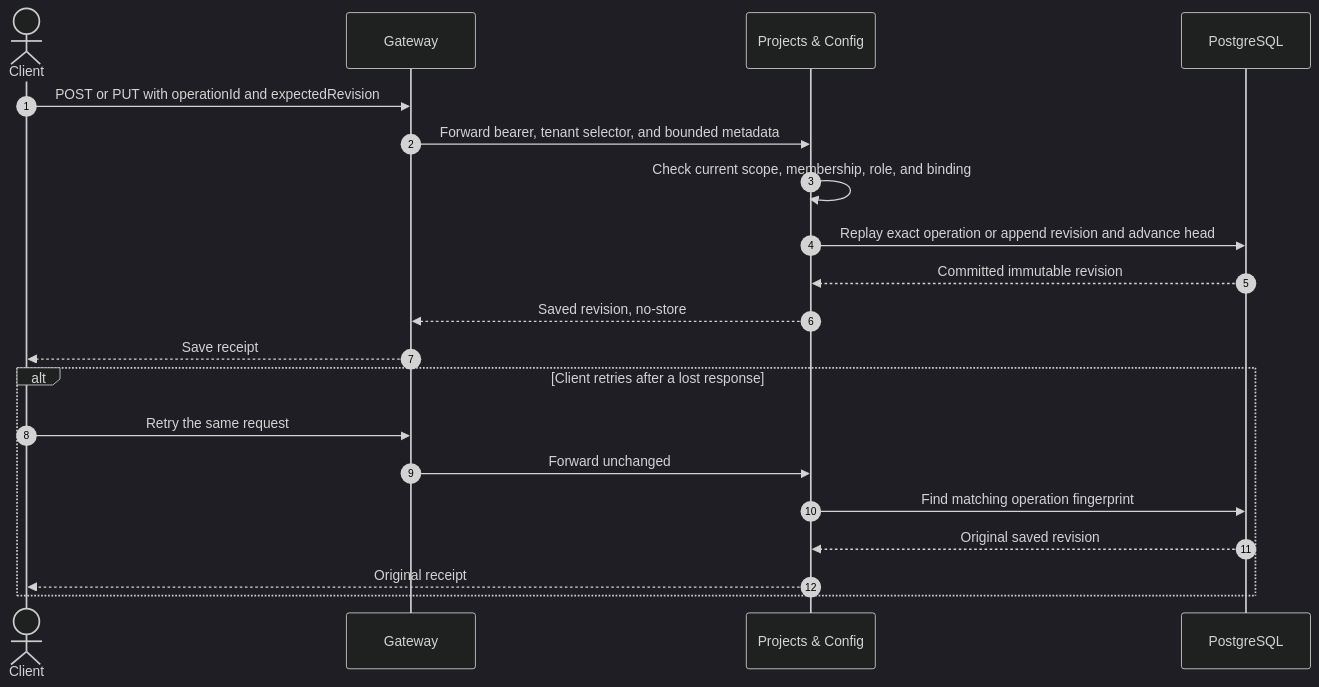
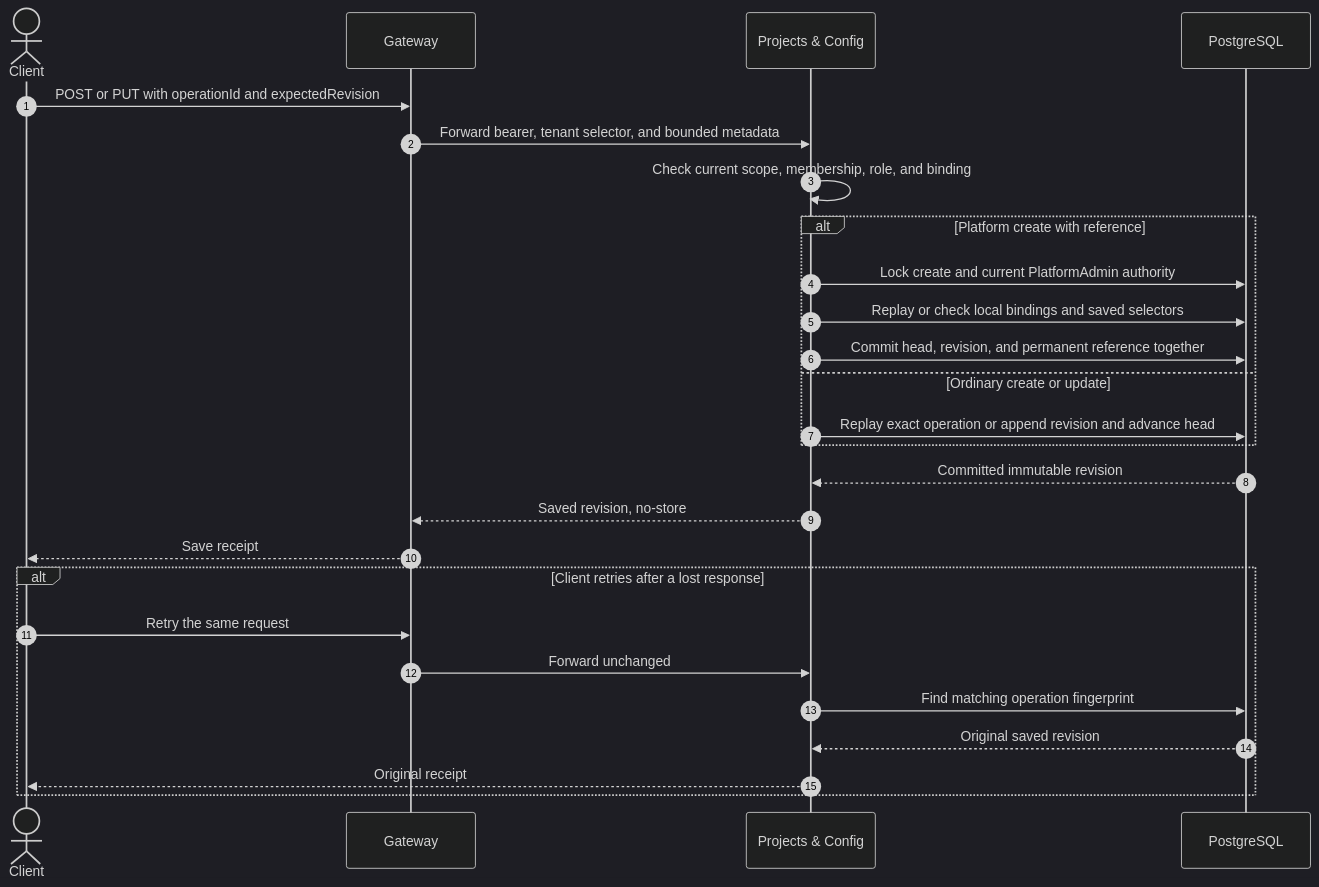
The first of 14 diagrams in docs/architecture/projects-config.md (sabbour/agentweaver), drawn with Mermaid (dark theme) before and after one commit. The commit also changed other lines of this file and 43 other files, not shown here.

````diff
--- a/docs/architecture/projects-config.md
+++ b/docs/architecture/projects-config.md
@@ -37,22 +48,28 @@
 ```mermaid
 sequenceDiagram
     autonumber
     actor Client
     participant Gateway
     participant Projects as Projects & Config
     participant DB as PostgreSQL
     Client->>Gateway: POST or PUT with operationId and expectedRevision
     Gateway->>Projects: Forward bearer, tenant selector, and bounded metadata
     Projects->>Projects: Check current scope, membership, role, and binding
-    Projects->>DB: Replay exact operation or append revision and advance head
+    alt Platform create with reference
+        Projects->>DB: Lock create and current PlatformAdmin authority
+        Projects->>DB: Replay or check local bindings and saved selectors
+        Projects->>DB: Commit head, revision, and permanent reference together
+    else Ordinary create or update
+        Projects->>DB: Replay exact operation or append revision and advance head
+    end
     DB-->>Projects: Committed immutable revision
     Projects-->>Gateway: Saved revision, no-store
     Gateway-->>Client: Save receipt
     alt Client retries after a lost response
         Client->>Gateway: Retry the same request
         Gateway->>Projects: Forward unchanged
         Projects->>DB: Find matching operation fingerprint
         DB-->>Projects: Original saved revision
         Projects-->>Client: Original receipt
     end
 ```
````
